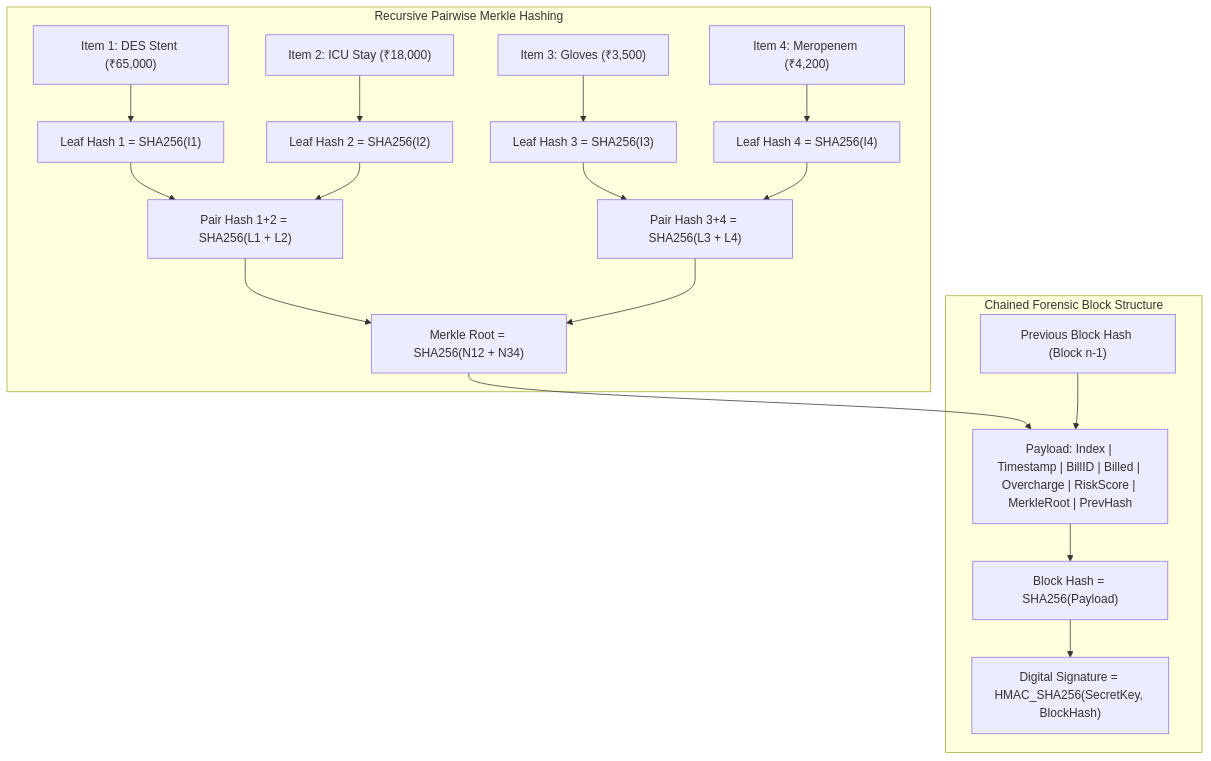
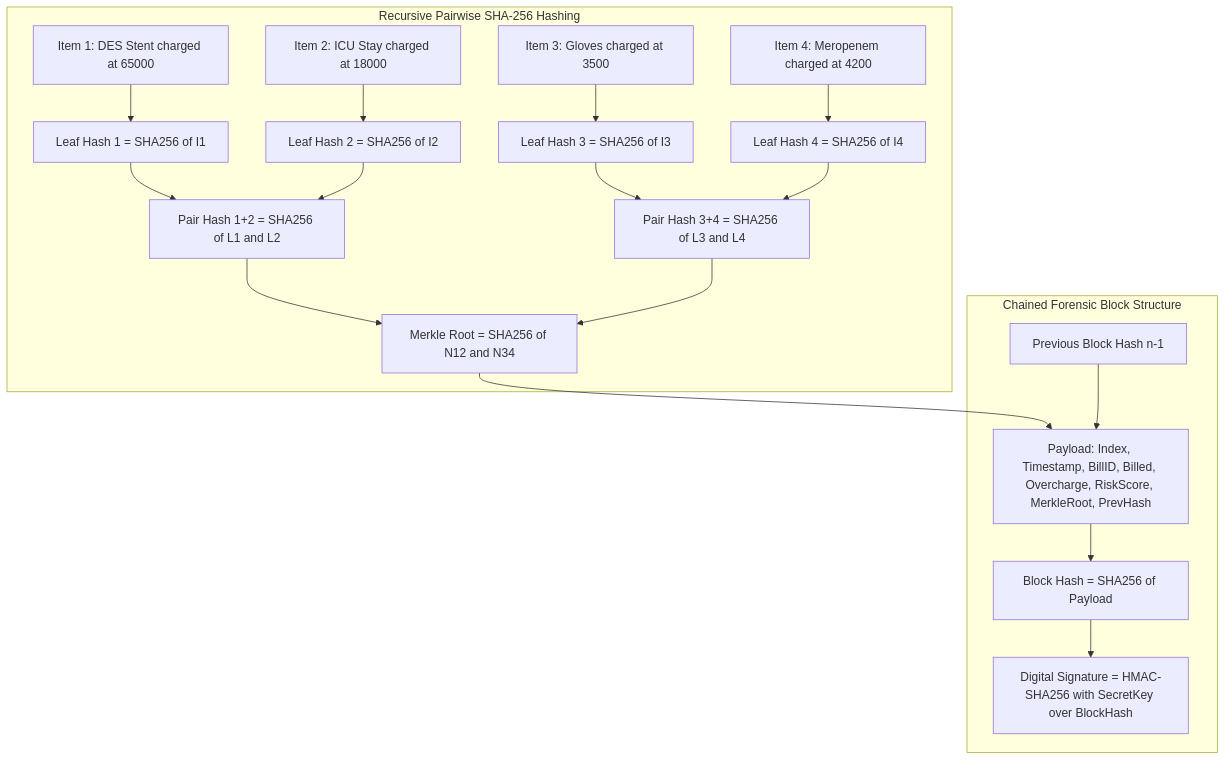
Before and after one commit to Harshil-18-byte/CuraVeris: the fifth of 6 diagrams in docs/ARCHITECTURE.md, drawn with Mermaid. The commit also changed other lines of this file, not shown here.

Commit message:
Rewrite ARCHITECTURE.md: stripped frontmatter, added feature definition table, math formulas, confidence threshold table, tamper detection explanation

````diff
--- a/docs/ARCHITECTURE.md
+++ b/docs/ARCHITECTURE.md
@@ -249,30 +260,29 @@
 ```mermaid
 graph TD
-    subgraph Merkle_Tree_Construction [Recursive Pairwise Merkle Hashing]
-        I1["Item 1: DES Stent (₹65,000)"] --> L1["Leaf Hash 1 = SHA256(I1)"]
-        I2["Item 2: ICU Stay (₹18,000)"] --> L2["Leaf Hash 2 = SHA256(I2)"]
-        I3["Item 3: Gloves (₹3,500)"] --> L3["Leaf Hash 3 = SHA256(I3)"]
-        I4["Item 4: Meropenem (₹4,200)"] --> L4["Leaf Hash 4 = SHA256(I4)"]
+  subgraph Merkle_Tree [Recursive Pairwise SHA-256 Hashing]
+    I1[Item 1: DES Stent charged at 65000] --> L1[Leaf Hash 1 = SHA256 of I1]
+    I2[Item 2: ICU Stay charged at 18000] --> L2[Leaf Hash 2 = SHA256 of I2]
+    I3[Item 3: Gloves charged at 3500] --> L3[Leaf Hash 3 = SHA256 of I3]
+    I4[Item 4: Meropenem charged at 4200] --> L4[Leaf Hash 4 = SHA256 of I4]
 
-        L1 --> N12["Pair Hash 1+2 = SHA256(L1 + L2)"]
-        L2 --> N12
-        L3 --> N34["Pair Hash 3+4 = SHA256(L3 + L4)"]
-        L4 --> N34
+    L1 --> N12[Pair Hash 1+2 = SHA256 of L1 and L2]
+    L2 --> N12
+    L3 --> N34[Pair Hash 3+4 = SHA256 of L3 and L4]
+    L4 --> N34
 
-        N12 --> Root["Merkle Root = SHA256(N12 + N34)"]
-        N34 --> Root
-    end
+    N12 --> Root[Merkle Root = SHA256 of N12 and N34]
+    N34 --> Root
+  end
 
-    subgraph Ledger_Block_Sealing [Chained Forensic Block Structure]
-        Prev["Previous Block Hash (Block n-1)"]
-        Payload["Payload: Index | Timestamp | BillID | Billed | Overcharge | RiskScore | MerkleRoot | PrevHash"]
-        BlockHash["Block Hash = SHA256(Payload)"]
-        HMAC["Digital Signature = HMAC_SHA256(SecretKey, BlockHash)"]
+  subgraph Ledger_Block [Chained Forensic Block Structure]
+    Prev[Previous Block Hash n-1]
+    Payload[Payload: Index, Timestamp, BillID, Billed, Overcharge, RiskScore, MerkleRoot, PrevHash]
+    BlockHash[Block Hash = SHA256 of Payload]
+    HMAC[Digital Signature = HMAC-SHA256 with SecretKey over BlockHash]
 
-        Root --> Payload
-        Prev --> Payload
-        Payload --> BlockHash
-        BlockHash --> HMAC
-    end
-
+    Root --> Payload
+    Prev --> Payload
+    Payload --> BlockHash
+    BlockHash --> HMAC
+  end
 ```
````
